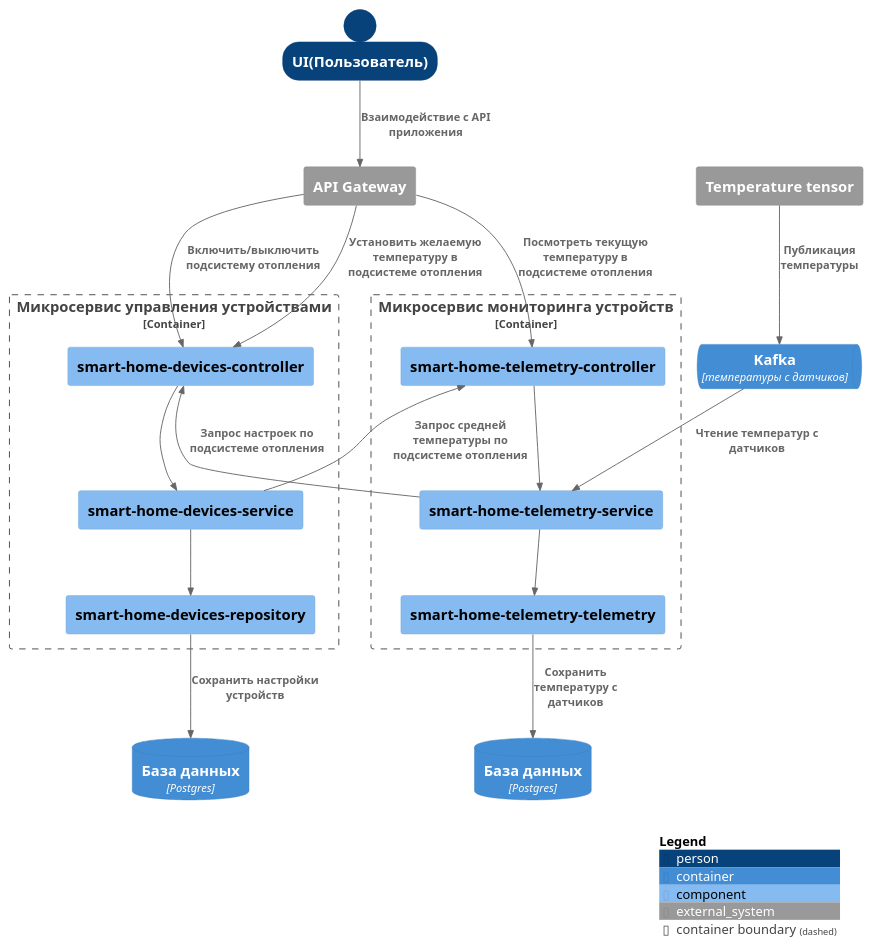
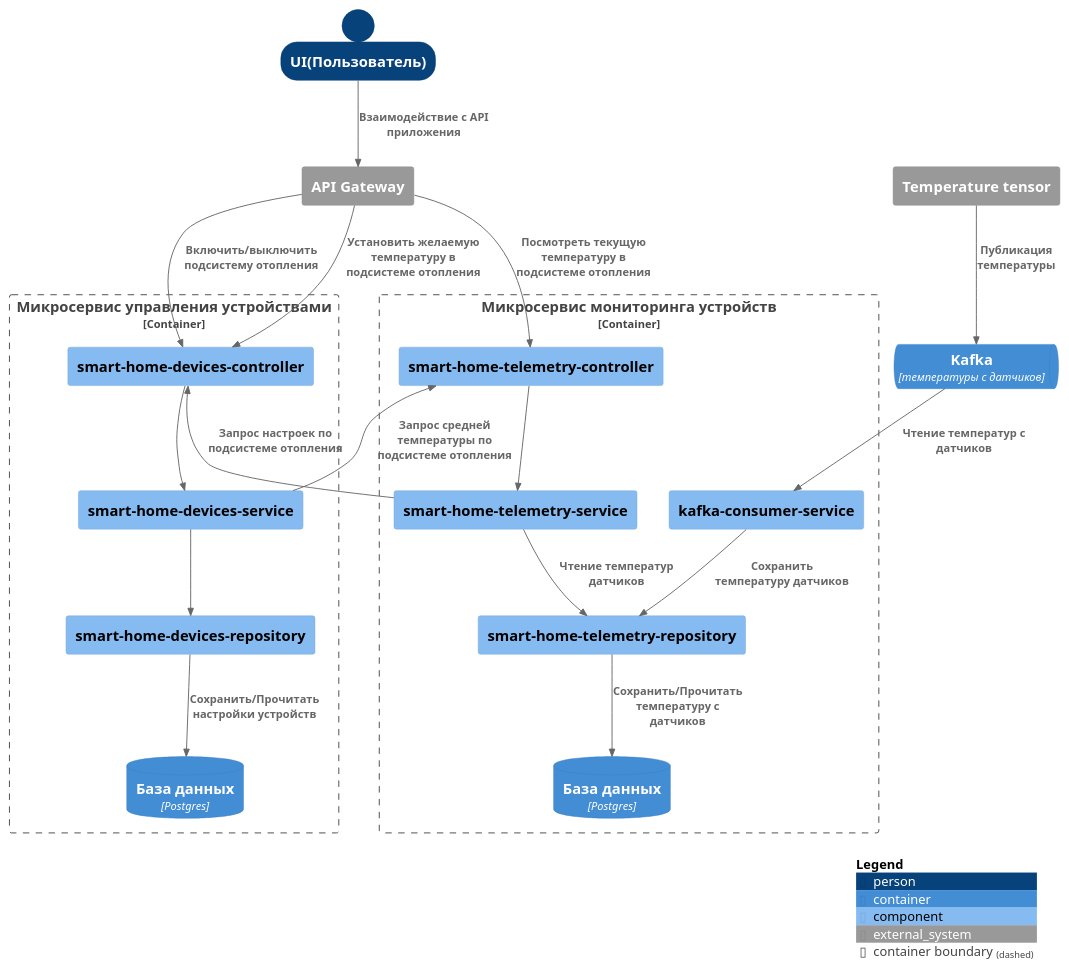
The diagram in diagrams/component/component.puml (NikolayPol/architecture-microservices), drawn with PlantUML before and after one commit. The commit also changed 4 other files, not shown here.

Commit message:
diagrams updated

```diff
--- a/diagrams/component/component.puml
+++ b/diagrams/component/component.puml
@@ -1,48 +1,50 @@
 @startuml
 !include ../templates/C4_Component.puml
 
 SHOW_PERSON_OUTLINE()
 
 Person(user, "UI(Пользователь)")
 
 System_Ext(gateway, "API Gateway")
 System_Ext(tensor, "Temperature tensor")
 
 Container_Boundary(devicesMicroservice, "Микросервис управления устройствами") {
     Component(devicesController, "smart-home-devices-controller")
     Component(devicesService, "smart-home-devices-service")
     Component(devicesRepository, "smart-home-devices-repository")
+    ContainerDb(devicesDb, $techn="Postgres", "База данных")
 }
-ContainerDb(devicesDb, $techn="Postgres", "База данных")
 
 Container_Boundary(telemetryMicroservice, "Микросервис мониторинга устройств") {
     Component(telemetryController, "smart-home-telemetry-controller")
     Component(telemetryService, "smart-home-telemetry-service")
-    Component(telemetryRepository, "smart-home-telemetry-telemetry")
+    Component(telemetryKafkaConsumerService, "kafka-consumer-service")
+    Component(telemetryRepository, "smart-home-telemetry-repository")
+    ContainerDb(telemetryDb, $techn="Postgres", "База данных")
 }
-ContainerDb(telemetryDb, $techn="Postgres", "База данных")
 
 ContainerQueue(kafka, "Kafka", $techn="температуры с датчиков")
 
 Rel(user, gateway, "Взаимодействие с API приложения")
 Rel(gateway, devicesController, "Включить/выключить подсистему отопления")
 Rel(gateway, devicesController, "Установить желаемую температуру в подсистеме отопления")
 Rel(gateway, telemetryController, "Посмотреть текущую температуру в подсистеме отопления")
 
 Rel(devicesController, devicesService, "")
 Rel(devicesService, devicesRepository, "")
-Rel(devicesRepository, devicesDb, "Сохранить настройки устройств")
+Rel(devicesRepository, devicesDb, "Сохранить/Прочитать настройки устройств")
 
 Rel(telemetryController, telemetryService, "")
-Rel(telemetryService, telemetryRepository, "")
-Rel(telemetryRepository, telemetryDb, "Сохранить температуру с датчиков")
+Rel(telemetryService, telemetryRepository, "Чтение температур датчиков")
+Rel(telemetryKafkaConsumerService, telemetryRepository, "Сохранить температуру датчиков")
+Rel(telemetryRepository, telemetryDb, "Сохранить/Прочитать температуру с датчиков")
 
 Rel(devicesService, telemetryController, "Запрос средней температуры по подсистеме отопления")
 Rel(telemetryService, devicesController, "Запрос настроек по подсистеме отопления")
 
-Rel(kafka, telemetryService, "Чтение температур с датчиков")
+Rel(kafka, telemetryKafkaConsumerService, "Чтение температур с датчиков")
 Rel(tensor, kafka, "Публикация температуры")
 
 SHOW_LEGEND()
 
 @enduml
```
